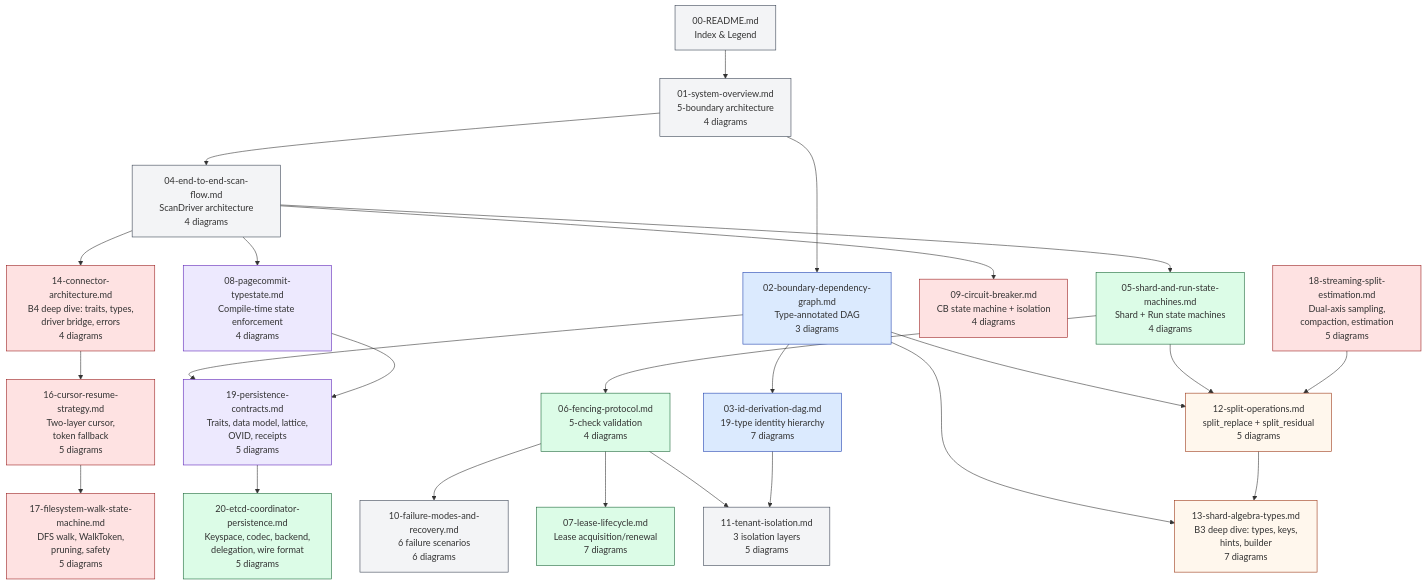
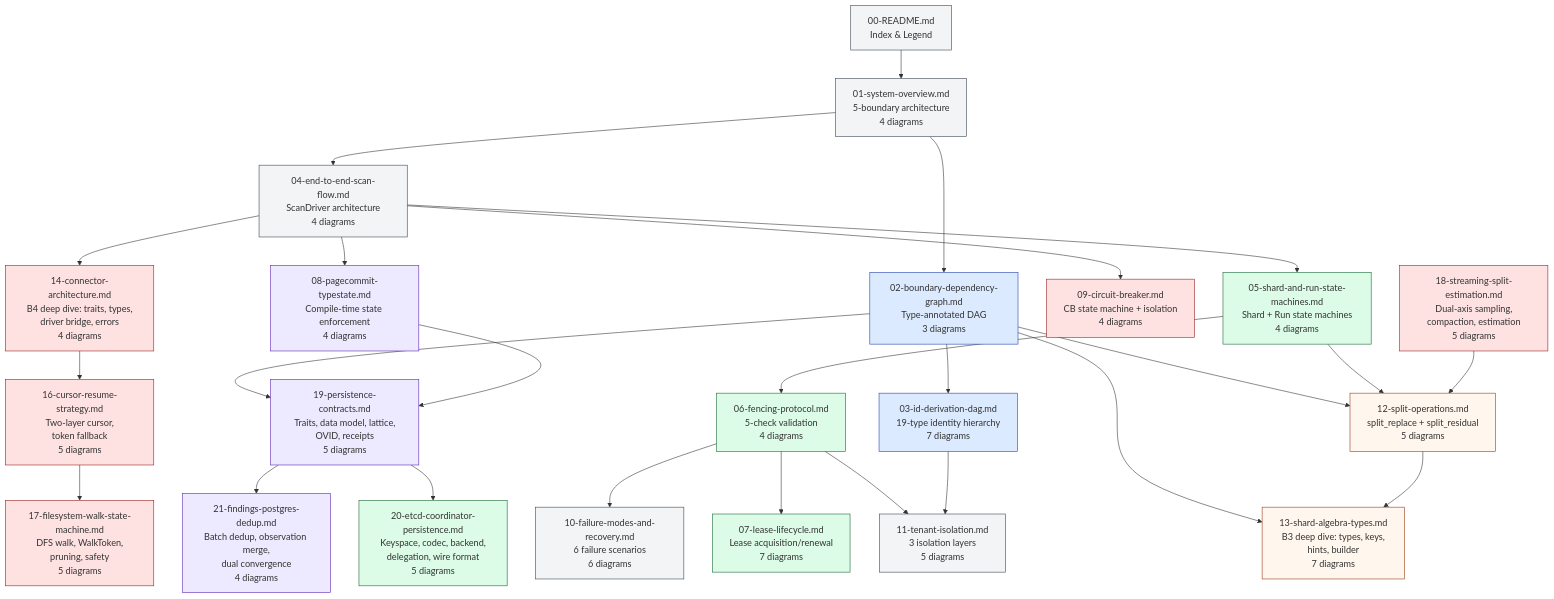
Before and after one commit to ahrav/Gossip-rs: the diagram in diagrams/00-README.md, drawn with Mermaid. The commit also changed other lines of this file and 2 other files, not shown here.

First line of the commit message:
Add diagram documenting findings PostgreSQL dedup and observation merge

````diff
--- a/diagrams/00-README.md
+++ b/diagrams/00-README.md
@@ -32,72 +32,75 @@
 ```mermaid
 %% Diagram: file-relationship-map
 graph TD
     R[00-README.md<br/>Index & Legend]
 
     SO[01-system-overview.md<br/>5-boundary architecture<br/>4 diagrams]
     BD[02-boundary-dependency-graph.md<br/>Type-annotated DAG<br/>3 diagrams]
     ID[03-id-derivation-dag.md<br/>19-type identity hierarchy<br/>7 diagrams]
     E2E[04-end-to-end-scan-flow.md<br/>ScanDriver architecture<br/>4 diagrams]
 
     SM[05-shard-and-run-state-machines.md<br/>Shard + Run state machines<br/>4 diagrams]
     FP[06-fencing-protocol.md<br/>5-check validation<br/>4 diagrams]
     LL[07-lease-lifecycle.md<br/>Lease acquisition/renewal<br/>7 diagrams]
     PC[08-pagecommit-typestate.md<br/>Compile-time state enforcement<br/>4 diagrams]
     CB[09-circuit-breaker.md<br/>CB state machine + isolation<br/>4 diagrams]
 
     FM[10-failure-modes-and-recovery.md<br/>6 failure scenarios<br/>6 diagrams]
     TI[11-tenant-isolation.md<br/>3 isolation layers<br/>5 diagrams]
     SP[12-split-operations.md<br/>split_replace + split_residual<br/>5 diagrams]
     SA[13-shard-algebra-types.md<br/>B3 deep dive: types, keys,<br/>hints, builder<br/>7 diagrams]
     CA[14-connector-architecture.md<br/>B4 deep dive: traits, types,<br/>driver bridge, errors<br/>4 diagrams]
     CR[16-cursor-resume-strategy.md<br/>Two-layer cursor,<br/>token fallback<br/>5 diagrams]
     FW[17-filesystem-walk-state-machine.md<br/>DFS walk, WalkToken,<br/>pruning, safety<br/>5 diagrams]
     SE[18-streaming-split-estimation.md<br/>Dual-axis sampling,<br/>compaction, estimation<br/>5 diagrams]
     PCC[19-persistence-contracts.md<br/>Traits, data model, lattice,<br/>OVID, receipts<br/>5 diagrams]
     ECP[20-etcd-coordinator-persistence.md<br/>Keyspace, codec, backend,<br/>delegation, wire format<br/>5 diagrams]
+    FPD[21-findings-postgres-dedup.md<br/>Batch dedup, observation merge,<br/>dual convergence<br/>4 diagrams]
 
     R --> SO
     SO --> BD
     SO --> E2E
     BD --> ID
     BD --> SP
     E2E --> SM
     SM --> FP
     FP --> LL
     E2E --> PC
     E2E --> CB
     SM --> SP
     FP --> FM
     FP --> TI
     ID --> TI
     BD --> SA
     SP --> SA
     E2E --> CA
     CA --> CR
     CR --> FW
     SE --> SP
     BD --> PCC
     PCC --> ECP
+    PCC --> FPD
     PC --> PCC
 
     style R fill:#F3F4F6,stroke:#374151
     style SO fill:#F3F4F6,stroke:#374151
     style BD fill:#DBEAFE,stroke:#1E40AF
     style ID fill:#DBEAFE,stroke:#1E40AF
     style E2E fill:#F3F4F6,stroke:#374151
     style SM fill:#DCFCE7,stroke:#166534
     style FP fill:#DCFCE7,stroke:#166534
     style LL fill:#DCFCE7,stroke:#166534
     style PC fill:#EDE9FE,stroke:#5B21B6
     style CB fill:#FEE2E2,stroke:#991B1B
     style FM fill:#F3F4F6,stroke:#374151
     style TI fill:#F3F4F6,stroke:#374151
     style SP fill:#FFF7ED,stroke:#9A3412
     style SA fill:#FFF7ED,stroke:#9A3412
     style CA fill:#FEE2E2,stroke:#991B1B
     style CR fill:#FEE2E2,stroke:#991B1B
     style FW fill:#FEE2E2,stroke:#991B1B
     style SE fill:#FEE2E2,stroke:#991B1B
     style PCC fill:#EDE9FE,stroke:#5B21B6
     style ECP fill:#DCFCE7,stroke:#166534
+    style FPD fill:#EDE9FE,stroke:#5B21B6
 ```
````
